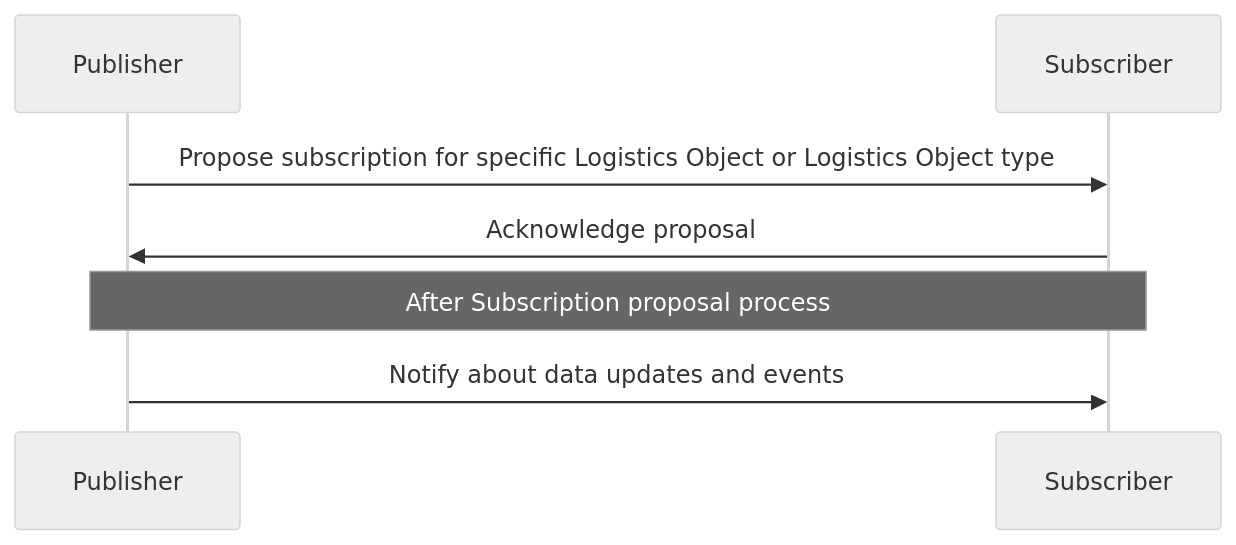
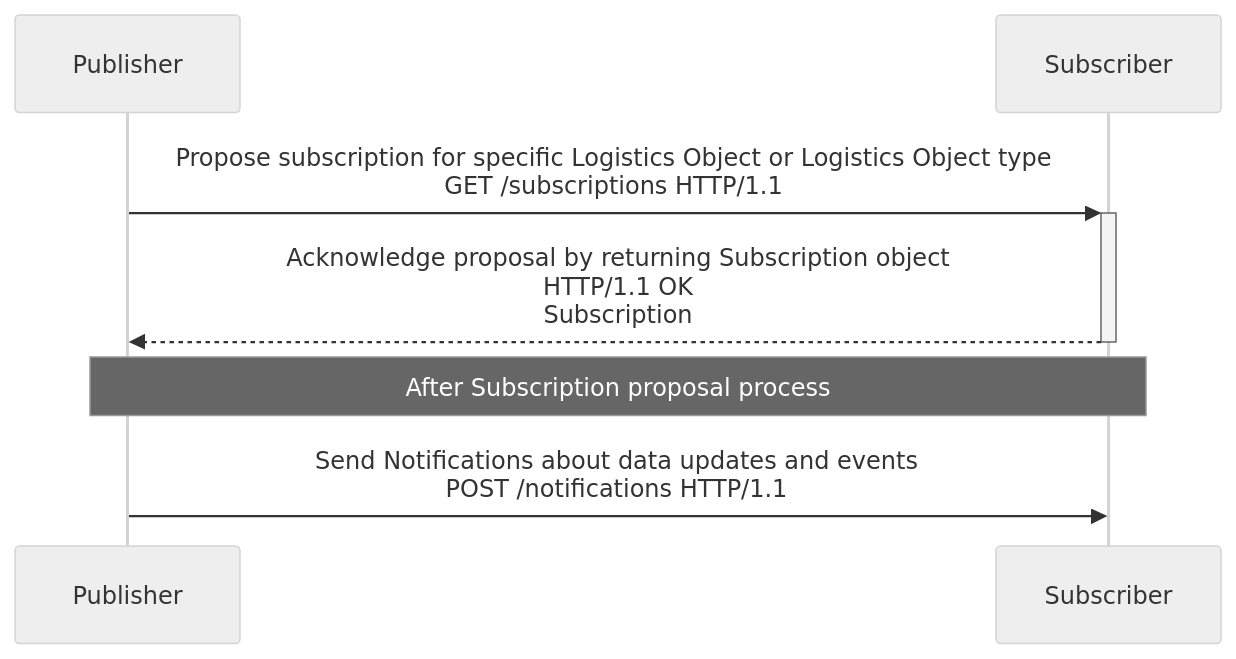
Before and after one commit to IATA-Cargo/ONE-Record: the first of 3 diagrams in working_draft/API/docs/subscriptions.md, drawn with Mermaid (neutral theme). The commit also changed other lines of this file and 1 other file, not shown here.

````diff
--- a/working_draft/API/docs/subscriptions.md
+++ b/working_draft/API/docs/subscriptions.md
@@ -41,11 +41,12 @@
 ```mermaid
 sequenceDiagram
 
   participant PUB as Publisher
   participant SUB as Subscriber
 
-  PUB->>SUB: Propose subscription for specific Logistics Object or Logistics Object type
-  SUB->>PUB: Acknowledge proposal
+  PUB->>+SUB: Propose subscription for specific Logistics Object or Logistics Object type<br> GET /subscriptions HTTP/1.1
+  SUB-->>-PUB: Acknowledge proposal by returning Subscription object<br> HTTP/1.1 OK<br>Subscription
+
   note over PUB, SUB: After Subscription proposal process
-  PUB->>SUB: Notify about data updates and events
+  PUB->>SUB: Send Notifications about data updates and events<br> POST /notifications HTTP/1.1
 ```
````
